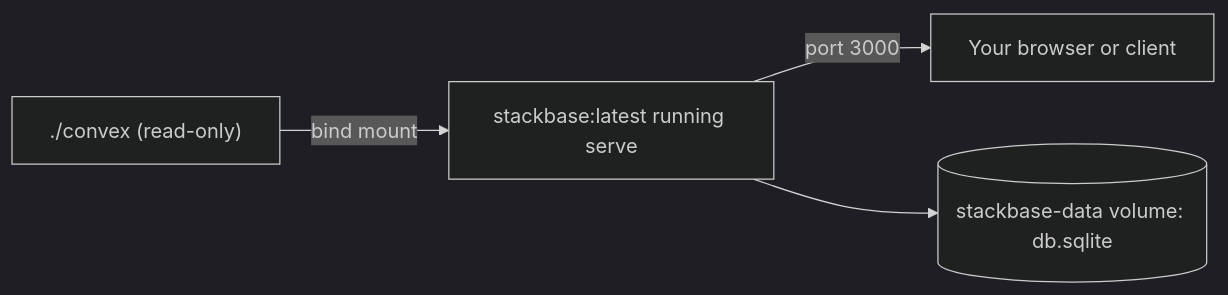
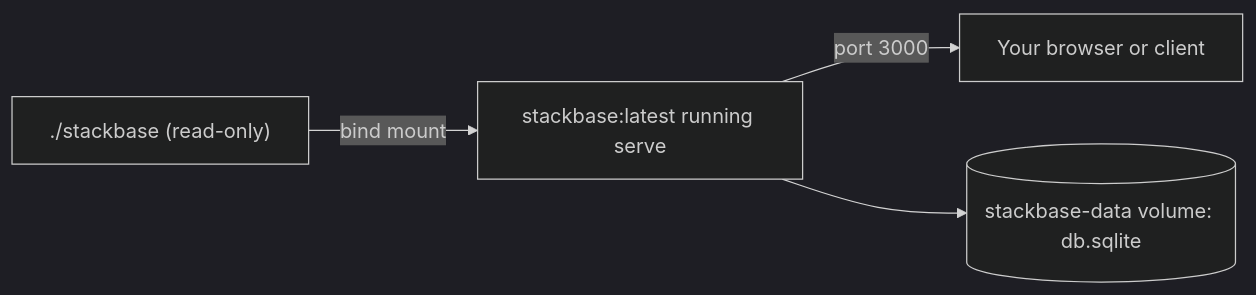
One commit to helipod-sh/helipod changed the diagram in docs/content/docs/deploy/self-hosting.mdx. Above: the diagram before and after it, drawn with Mermaid (dark theme). The commit also changed other lines of this file and 32 other files, not shown here.

````diff
--- a/docs/content/docs/deploy/self-hosting.mdx
+++ b/docs/content/docs/deploy/self-hosting.mdx
@@ -198,6 +198,6 @@
 ```mermaid
 flowchart LR
-  Convex["./convex (read-only)"] -->|"bind mount"| Container["stackbase:latest running serve"]
+  AppDir["./stackbase (read-only)"] -->|"bind mount"| Container["stackbase:latest running serve"]
   Container -->|"port 3000"| You["Your browser or client"]
   Container --> Data[("stackbase-data volume: db.sqlite")]
 ```
````
